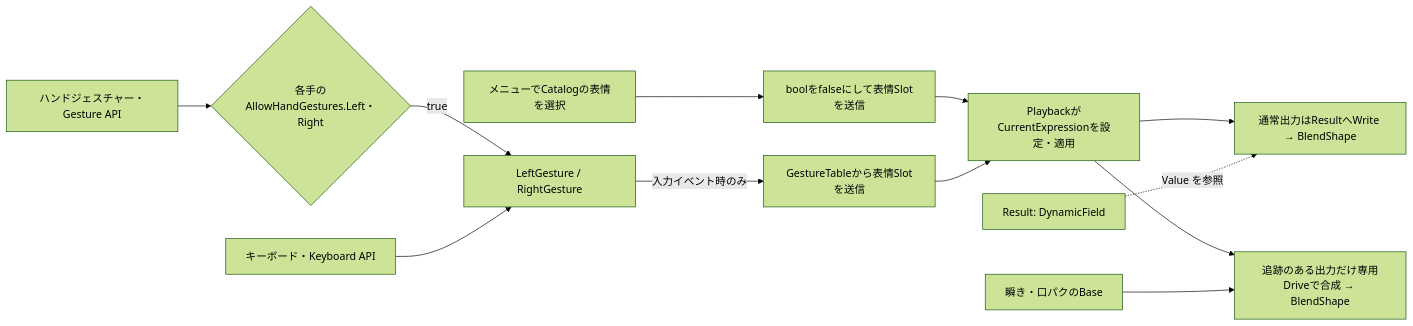
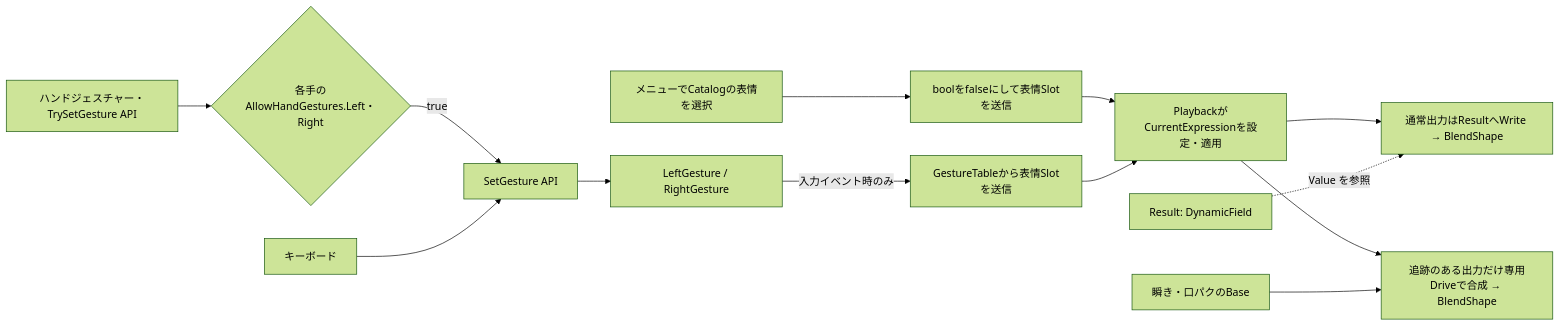
Before and after one commit to orange3134/VRMtoResonitePackage: the diagram in docs/expression-system.md, drawn with Mermaid (forest theme). The commit also changed other lines of this file and 16 other files, not shown here.

Commit message:
Name shared and permission-gated gesture APIs SetGesture and TrySetGesture

````diff
--- a/docs/expression-system.md
+++ b/docs/expression-system.md
@@ -91,14 +105,15 @@
 ```mermaid
 flowchart LR
-    H[ハンドジェスチャー・Gesture API] --> G{各手のAllowHandGestures.Left・Right}
-    G -->|true| S[LeftGesture / RightGesture]
-    K[キーボード・Keyboard API] --> S
+    H[ハンドジェスチャー・TrySetGesture API] --> G{各手のAllowHandGestures.Left・Right}
+    G -->|true| U[SetGesture API]
+    K[キーボード] --> U
+    U --> S[LeftGesture / RightGesture]
     D[メニューでCatalogの表情を選択] --> T[boolをfalseにして表情Slotを送信]
     T --> R
     S -->|入力イベント時のみ| P[GestureTableから表情Slotを送信]
     P --> R[PlaybackがCurrentExpressionを設定・適用]
     R --> V[通常出力はResultへWrite → BlendShape]
     R --> Q[追跡のある出力だけ専用Driveで合成 → BlendShape]
     B[瞬き・口パクのBase] --> Q
     Result[Result: DynamicField] -. Value を参照 .-> V
 ```
````
